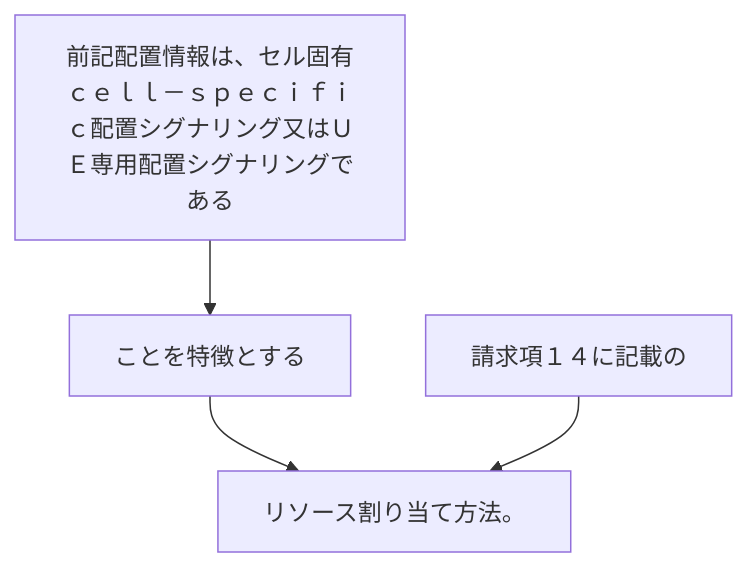
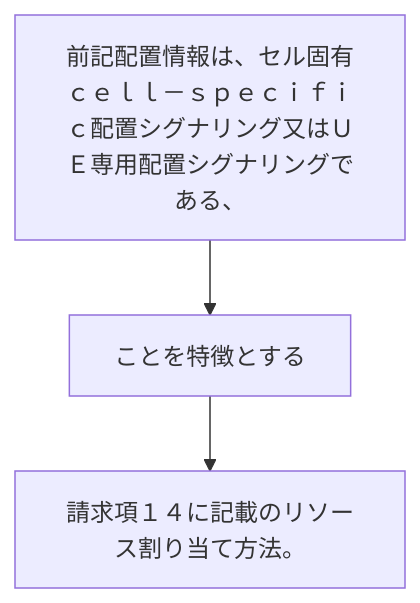
One commit to shinmori55/patent_analyzed changed the diagram in 2024/JP2024029186A/claim_16/README.md. Above: the diagram before and after it, drawn with Mermaid. The commit also changed 336 other files, not shown here.

````diff
--- a/2024/JP2024029186A/claim_16/README.md
+++ b/2024/JP2024029186A/claim_16/README.md
@@ -2,10 +2,8 @@
 ```mermaid
 flowchart TD
-A[前記配置情報は、セル固有ｃｅｌｌ－ｓｐｅｃｉｆｉｃ配置シグナリング又はＵＥ専用配置シグナリングである]
+A[前記配置情報は、セル固有ｃｅｌｌ－ｓｐｅｃｉｆｉｃ配置シグナリング又はＵＥ専用配置シグナリングである、]
 B[ことを特徴とする]
-C[請求項１４に記載の]
-D[リソース割り当て方法。]
+C[請求項１４に記載のリソース割り当て方法。]
 A --> B
-B --> D
-C --> D
+B --> C
 ```
````
